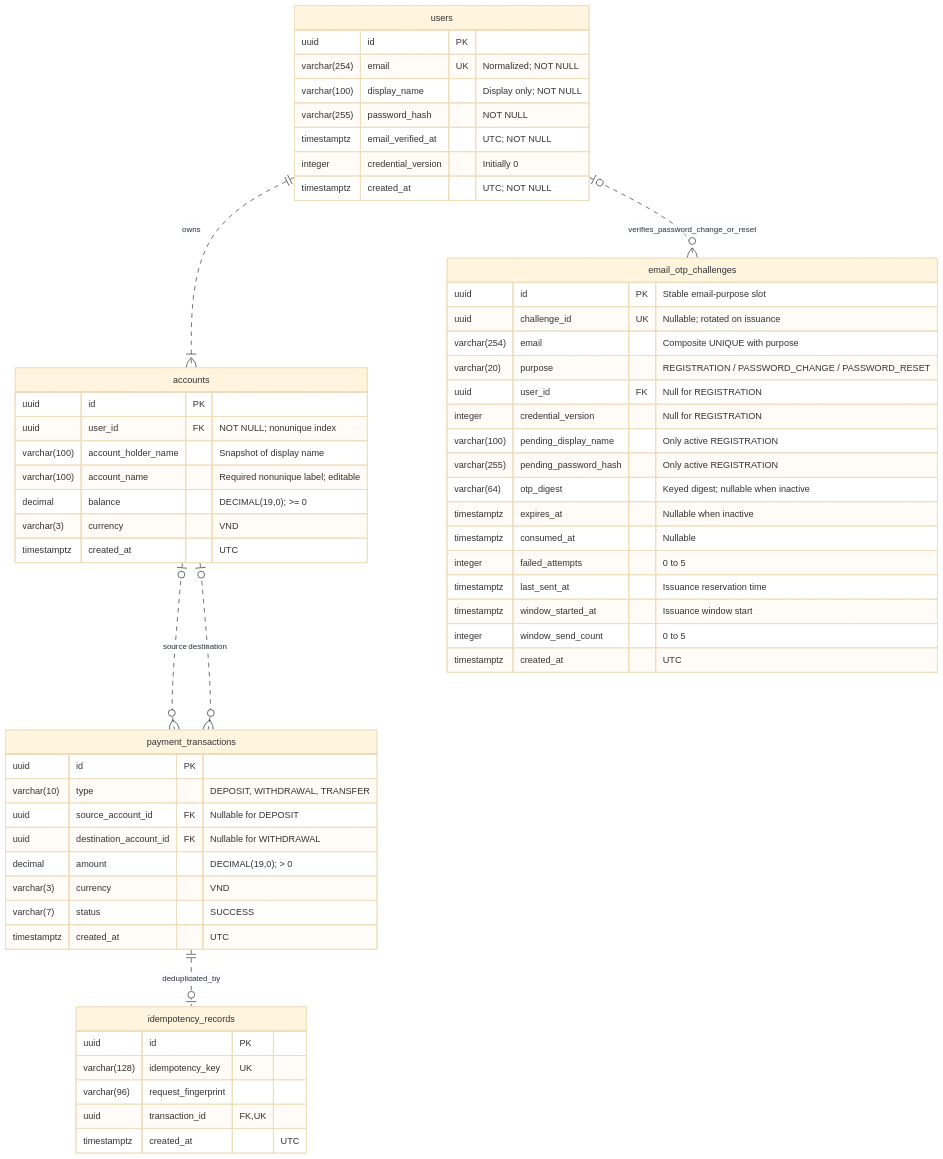
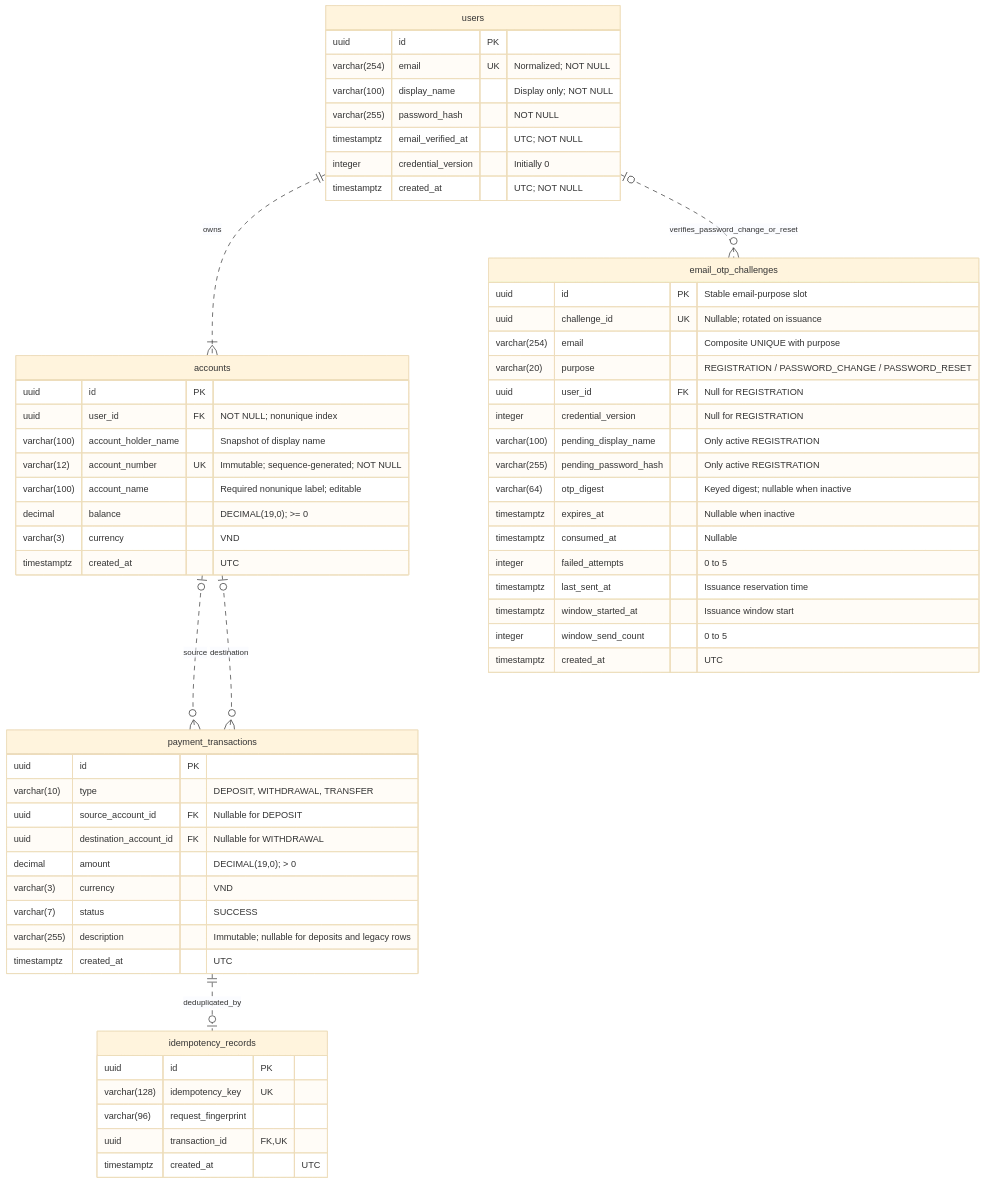
Before and after one commit to minh14122004/java-payment-processing-system: the diagram in docs/database-erd.md, drawn with Mermaid (base theme). The commit also changed other lines of this file and 24 other files, not shown here.

````diff
--- a/docs/database-erd.md
+++ b/docs/database-erd.md
@@ -5,66 +5,68 @@
 ```mermaid
 erDiagram
     users ||..|{ accounts : owns
     accounts o|..o{ payment_transactions : source
     accounts o|..o{ payment_transactions : destination
     payment_transactions ||..o| idempotency_records : deduplicated_by
     users o|..o{ email_otp_challenges : verifies_password_change_or_reset
 
     users {
         uuid id PK
         varchar(254) email UK "Normalized; NOT NULL"
         varchar(100) display_name "Display only; NOT NULL"
         varchar(255) password_hash "NOT NULL"
         timestamptz email_verified_at "UTC; NOT NULL"
         integer credential_version "Initially 0"
         timestamptz created_at "UTC; NOT NULL"
     }
 
     accounts {
         uuid id PK
         uuid user_id FK "NOT NULL; nonunique index"
         varchar(100) account_holder_name "Snapshot of display name"
+        varchar(12) account_number UK "Immutable; sequence-generated; NOT NULL"
         varchar(100) account_name "Required nonunique label; editable"
         decimal balance "DECIMAL(19,0); >= 0"
         varchar(3) currency "VND"
         timestamptz created_at "UTC"
     }
 
     payment_transactions {
         uuid id PK
         varchar(10) type "DEPOSIT, WITHDRAWAL, TRANSFER"
         uuid source_account_id FK "Nullable for DEPOSIT"
         uuid destination_account_id FK "Nullable for WITHDRAWAL"
         decimal amount "DECIMAL(19,0); > 0"
         varchar(3) currency "VND"
         varchar(7) status "SUCCESS"
+        varchar(255) description "Immutable; nullable for deposits and legacy rows"
         timestamptz created_at "UTC"
     }
 
     idempotency_records {
         uuid id PK
         varchar(128) idempotency_key UK
         varchar(96) request_fingerprint
         uuid transaction_id FK, UK
         timestamptz created_at "UTC"
     }
 
     email_otp_challenges {
         uuid id PK "Stable email-purpose slot"
         uuid challenge_id UK "Nullable; rotated on issuance"
         varchar(254) email "Composite UNIQUE with purpose"
         varchar(20) purpose "REGISTRATION / PASSWORD_CHANGE / PASSWORD_RESET"
         uuid user_id FK "Null for REGISTRATION"
         integer credential_version "Null for REGISTRATION"
         varchar(100) pending_display_name "Only active REGISTRATION"
         varchar(255) pending_password_hash "Only active REGISTRATION"
         varchar(64) otp_digest "Keyed digest; nullable when inactive"
         timestamptz expires_at "Nullable when inactive"
         timestamptz consumed_at "Nullable"
         integer failed_attempts "0 to 5"
         timestamptz last_sent_at "Issuance reservation time"
         timestamptz window_started_at "Issuance window start"
         integer window_send_count "0 to 5"
         timestamptz created_at "UTC"
     }
 ```
````
